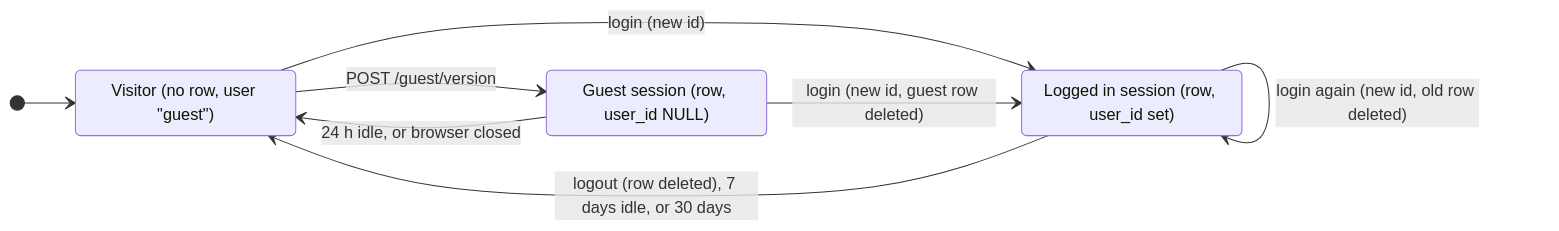
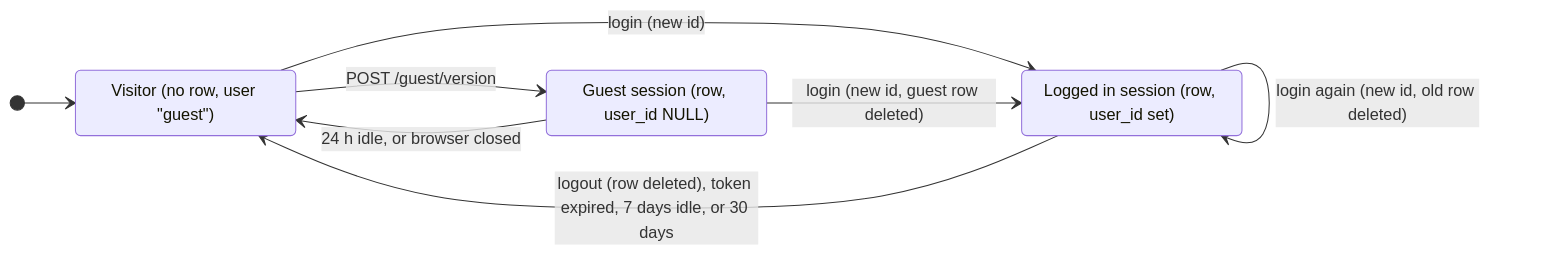
One commit to hivtools/hint changed the first of 3 diagrams in docs/login-and-sessions.md. Above: the diagram before and after it, drawn with Mermaid. The commit also changed other lines of this file and 12 other files, not shown here.

````diff
--- a/docs/login-and-sessions.md
+++ b/docs/login-and-sessions.md
@@ -20,14 +19,14 @@
 ```mermaid
 stateDiagram-v2
     direction LR
     [*] --> Visitor
     Visitor: Visitor (no row, user "guest")
     Guest: Guest session (row, user_id NULL)
     LoggedIn: Logged in session (row, user_id set)
     Visitor --> Guest: POST /guest/version
     Visitor --> LoggedIn: login (new id)
     Guest --> LoggedIn: login (new id, guest row deleted)
     LoggedIn --> LoggedIn: login again (new id, old row deleted)
     Guest --> Visitor: 24 h idle, or browser closed
-    LoggedIn --> Visitor: logout (row deleted), 7 days idle, or 30 days
+    LoggedIn --> Visitor: logout (row deleted), token expired, 7 days idle, or 30 days
 ```
````
